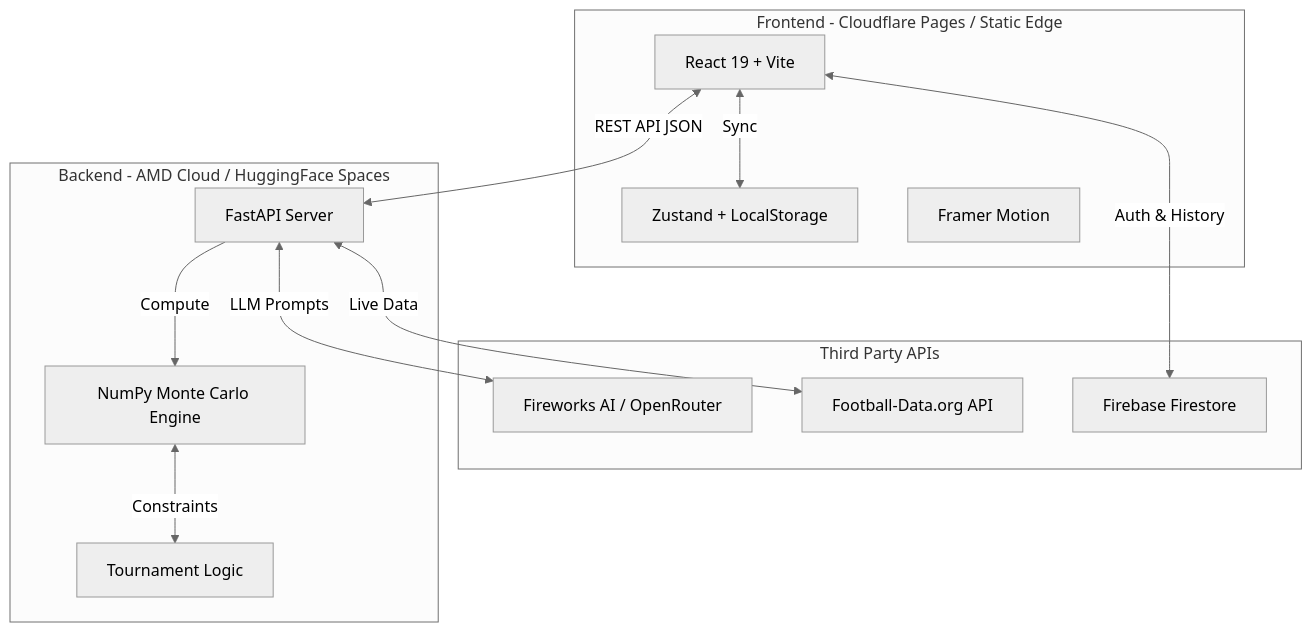
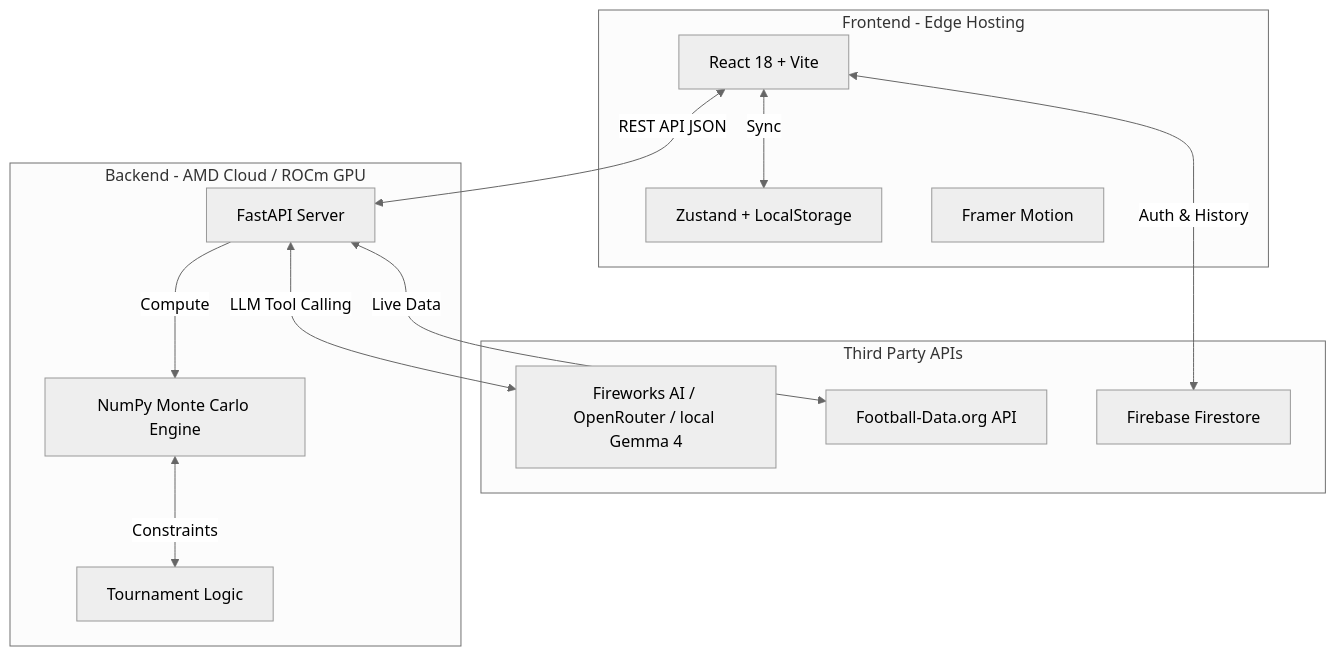
Before and after one commit to Yogs4R/fuenzer-sports: the first of 3 diagrams in README.md, drawn with Mermaid (neutral theme). The commit also changed other lines of this file, not shown here.

Commit message:
docs: update README.md with comprehensive project architecture and unicorn vision

````diff
--- a/README.md
+++ b/README.md
@@ -59,28 +106,28 @@
 ```mermaid
 graph TD
-    subgraph Client [Frontend - Cloudflare Pages / Static Edge]
-        UI[React 19 + Vite]
+    subgraph Client [Frontend - Edge Hosting]
+        UI[React 18 + Vite]
         State[Zustand + LocalStorage]
         Anim[Framer Motion]
     end
 
-    subgraph AMD Compute [Backend - AMD Cloud / HuggingFace Spaces]
+    subgraph AMD Compute [Backend - AMD Cloud / ROCm GPU]
         FastAPI[FastAPI Server]
         MC[NumPy Monte Carlo Engine]
         Rules[Tournament Logic]
     end
     
     subgraph Third Party APIs
-        Fireworks[Fireworks AI / OpenRouter]
+        Fireworks[Fireworks AI / OpenRouter / local Gemma 4]
         FootballData[Football-Data.org API]
         Firebase[Firebase Firestore]
     end
 
     UI <-->|REST API JSON| FastAPI
     UI <-->|Sync| State
     UI <-->|Auth & History| Firebase
     FastAPI -->|Compute| MC
-    FastAPI <-->|LLM Prompts| Fireworks
+    FastAPI <-->|LLM Tool Calling| Fireworks
     FastAPI <-->|Live Data| FootballData
     MC <-->|Constraints| Rules
 ```
````
